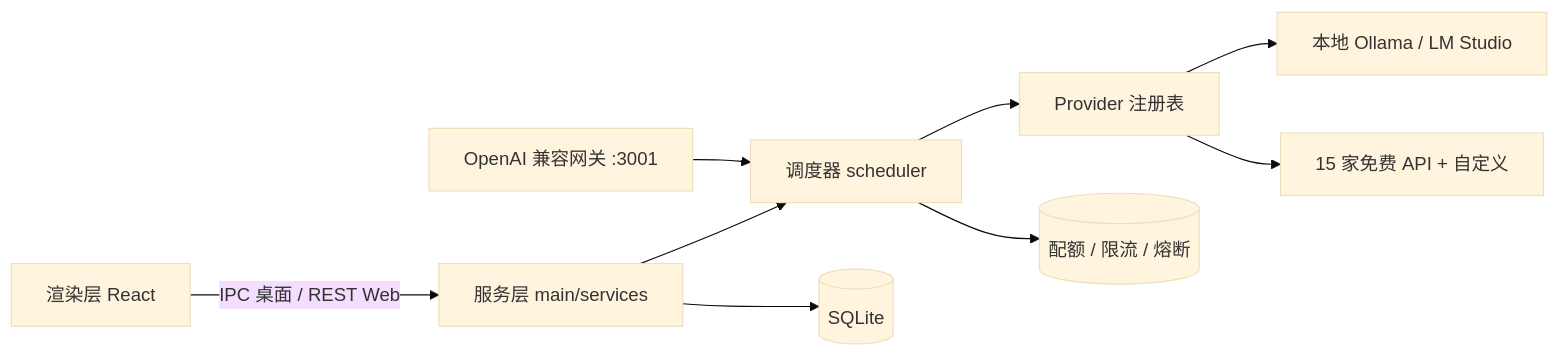
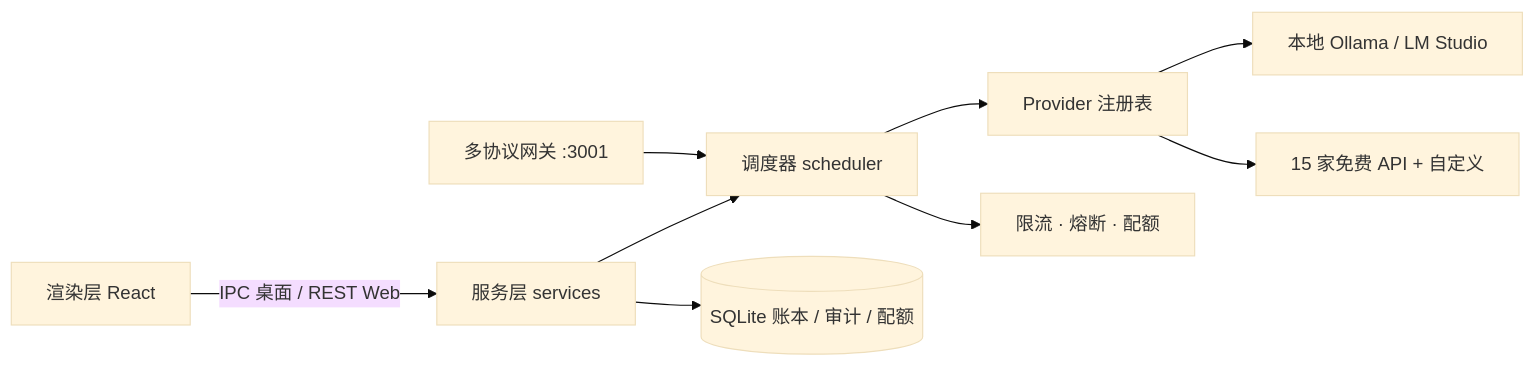
The diagram in README.md (kedamano/FreeLLM-Hub), drawn with Mermaid (base theme) before and after one commit. The commit also changed other lines of this file and 7 other files, not shown here.

````diff
--- a/README.md
+++ b/README.md
@@ -218,11 +185,11 @@
 ```mermaid
 flowchart LR
-    UI[渲染层 React] -->|IPC 桌面 / REST Web| SVC[服务层 main/services]
-    GW[OpenAI 兼容网关 :3001] --> SCH[调度器 scheduler]
+    UI[渲染层 React] -->|IPC 桌面 / REST Web| SVC[服务层 services]
+    GW[多协议网关 :3001] --> SCH[调度器 scheduler]
     SVC --> SCH
     SCH --> REG[Provider 注册表]
     REG --> LOCAL[本地 Ollama / LM Studio]
     REG --> CLOUD[15 家免费 API + 自定义]
-    SVC --> DB[(SQLite)]
-    SCH --> Q[(配额 / 限流 / 熔断)]
+    SVC --> DB[(SQLite 账本 / 审计 / 配额)]
+    SCH --> Q[限流 · 熔断 · 配额]
 ```
````
